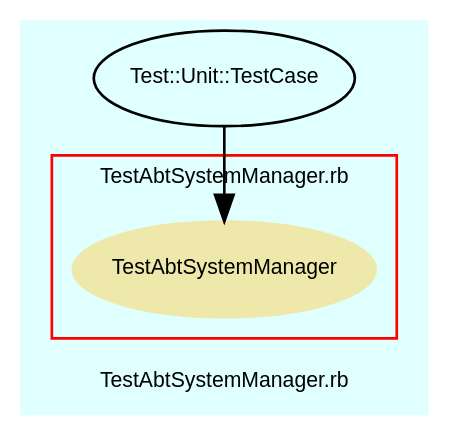
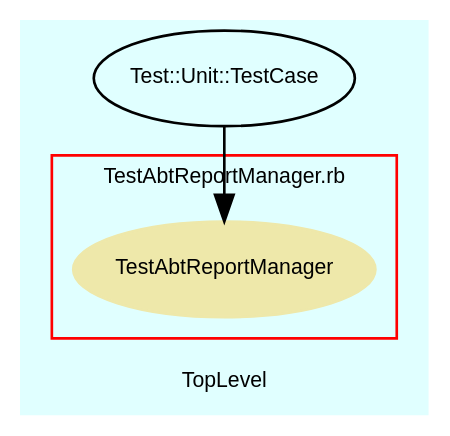
Before and after one commit to eschabell/abtlinux: the diagram in src/trunk/doc/dot/f_15.dot, drawn with Graphviz. The commit also changed 68 other files, not shown here.

```diff
--- a/src/trunk/doc/dot/f_15.dot
+++ b/src/trunk/doc/dot/f_15.dot
@@ -1,37 +1,37 @@
 digraph TopLevel {
     compound = true
     bgcolor = lightcyan1
     fontname = Arial
     fontsize = 8
-    label = "TestAbtSystemManager.rb"
+    label = "TopLevel"
     node [
         fontname = Arial,
         fontsize = 8,
         color = black
     ]
 
     subgraph cluster_16 {
         fontname = Arial
         color = red
-        label = "TestAbtSystemManager.rb"
-        TestAbtSystemManager [
+        label = "TestAbtReportManager.rb"
+        TestAbtReportManager [
             fontcolor = black,
-            URL = "classes/TestAbtSystemManager.html",
+            URL = "classes/TestAbtReportManager.html",
             shape = ellipse,
             color = palegoldenrod,
             style = filled,
-            label = "TestAbtSystemManager"
+            label = "TestAbtReportManager"
         ]
 
     }
 
     Test__Unit__TestCase [
         URL = "classes/Test/Unit/TestCase.html",
         label = "Test::Unit::TestCase"
     ]
 
-    Test__Unit__TestCase -> TestAbtSystemManager [
+    Test__Unit__TestCase -> TestAbtReportManager [
 
     ]
 
 }
```
